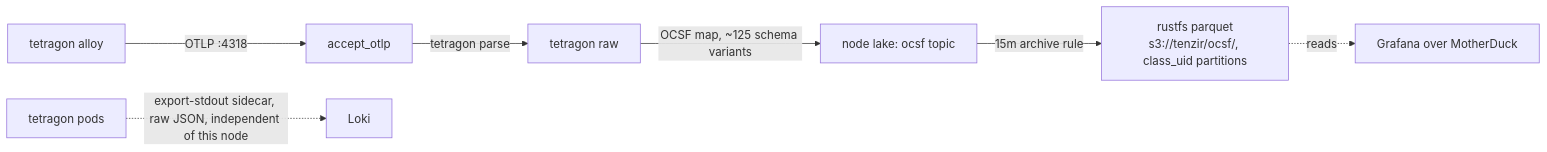
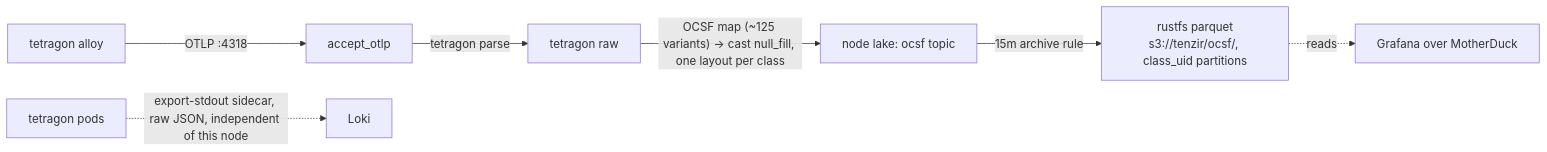
Before and after one commit to Apocrathia/homelab: the diagram in flux/manifests/03-services/observability/tenzir/nodes/tetragon/README.md, drawn with Mermaid. The commit also changed 4 other files, not shown here.

````diff
--- a/flux/manifests/03-services/observability/tenzir/nodes/tetragon/README.md
+++ b/flux/manifests/03-services/observability/tenzir/nodes/tetragon/README.md
@@ -26,9 +26,9 @@
 ```mermaid
 flowchart LR
     TT[tetragon alloy] -->|"OTLP :4318"| AO[accept_otlp]
     AO -->|"tetragon parse"| TR["tetragon raw"]
-    TR -->|"OCSF map, ~125 schema variants"| LAKE["node lake: ocsf topic"]
+    TR -->|"OCSF map (~125 variants) -> cast null_fill, one layout per class"| LAKE["node lake: ocsf topic"]
     LAKE -->|"15m archive rule"| S3["rustfs parquet<br/>s3://tenzir/ocsf/, class_uid partitions"]
     S3 -.->|"reads"| GRAF["Grafana over MotherDuck"]
     TP["tetragon pods"] -.->|"export-stdout sidecar, raw JSON, independent of this node"| LOKI[Loki]
 ```
````
